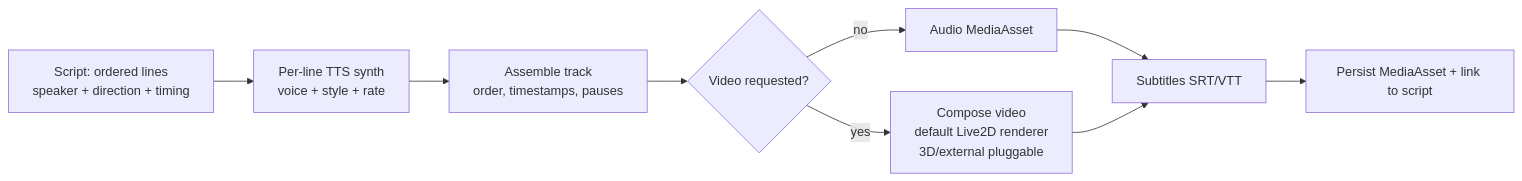
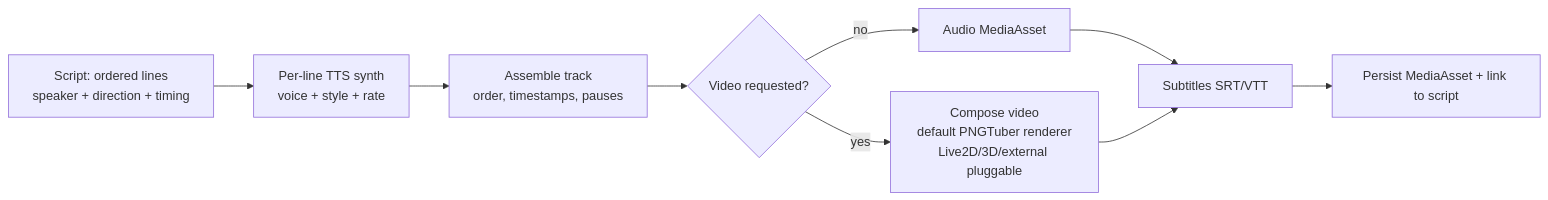
The first of 4 diagrams in docs/10-feature-realtime-and-media-generation.md (Nagino-Reina/NagiFlow), drawn with Mermaid before and after one commit. The commit also changed other lines of this file and 16 other files, not shown here.

````diff
--- a/docs/10-feature-realtime-and-media-generation.md
+++ b/docs/10-feature-realtime-and-media-generation.md
@@ -40,11 +40,11 @@
 ```mermaid
 flowchart LR
     A[Script: ordered lines<br/>speaker + direction + timing] --> B[Per-line TTS synth<br/>voice + style + rate]
     B --> C[Assemble track<br/>order, timestamps, pauses]
     C --> D{Video requested?}
     D -- no --> E[Audio MediaAsset]
-    D -- yes --> F[Compose video<br/>default Live2D renderer<br/>3D/external pluggable]
+    D -- yes --> F[Compose video<br/>default PNGTuber renderer<br/>Live2D/3D/external pluggable]
     E --> G[Subtitles SRT/VTT]
     F --> G
     G --> H[Persist MediaAsset + link to script]
 ```
````
